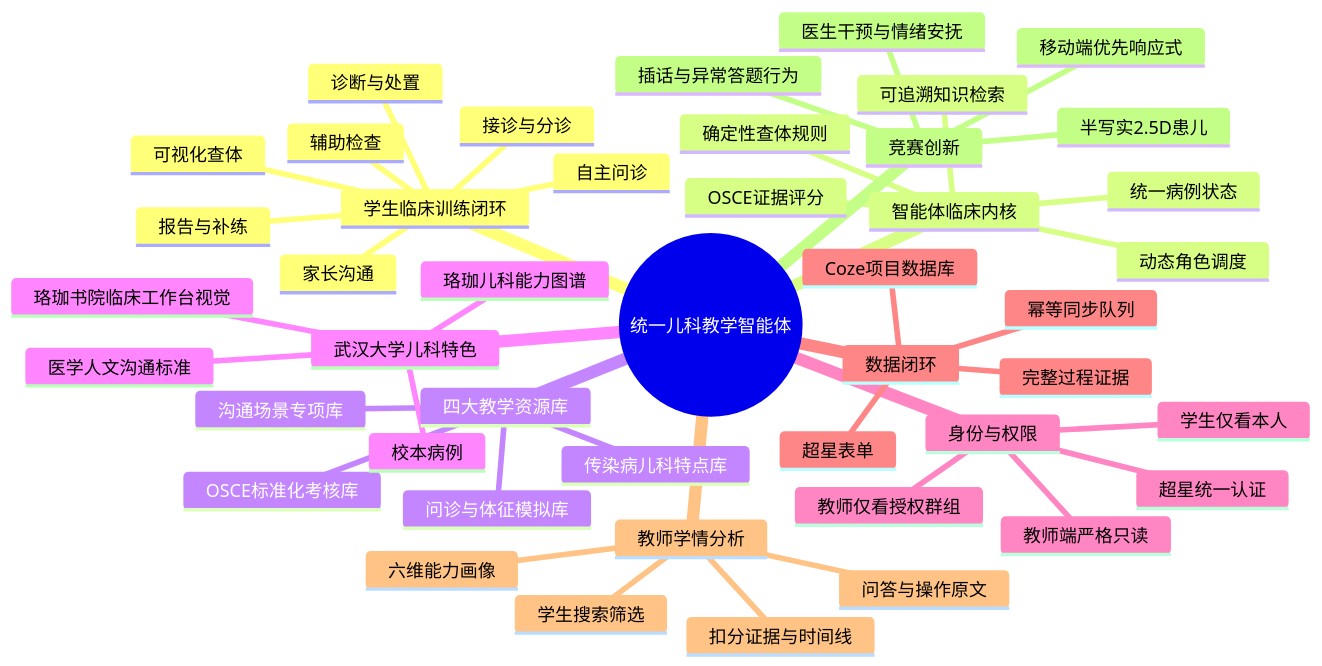
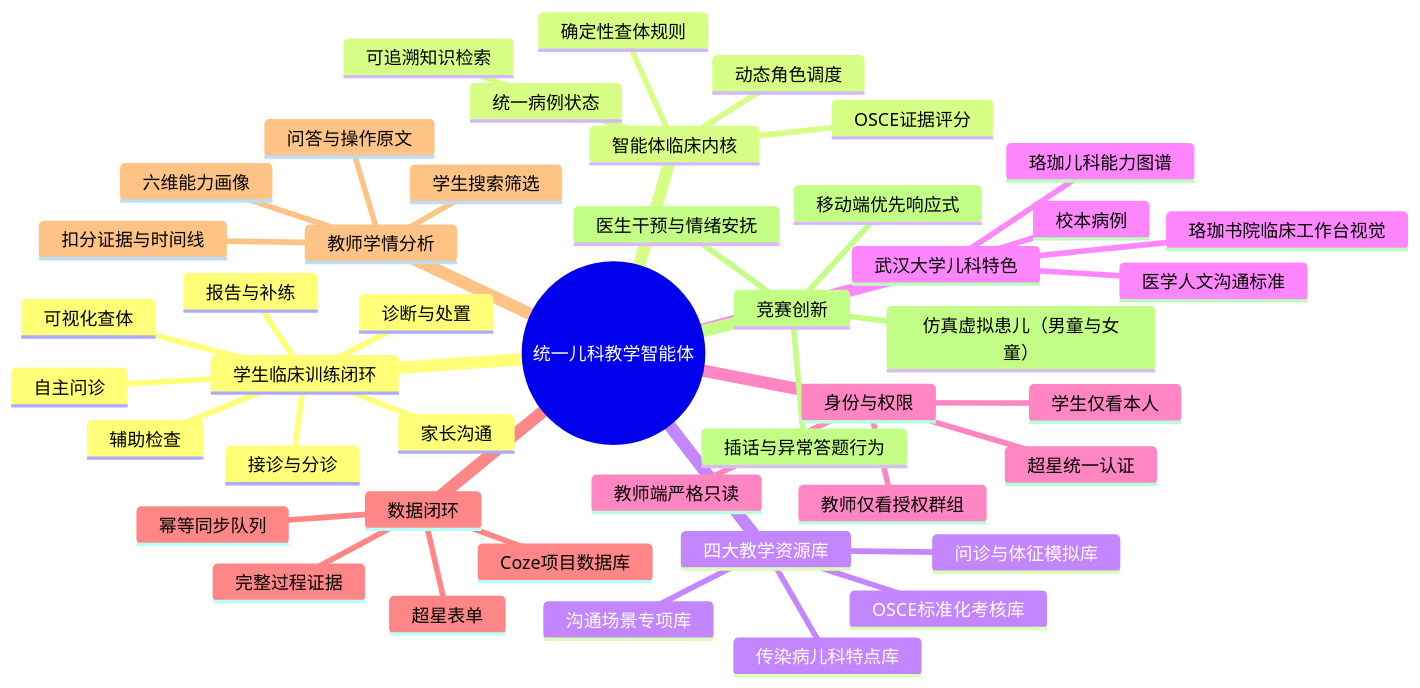
The diagram in docs/实施方案/老师汇报_整体智能体思维导图.md (15377038161/whu-pediatrics123), drawn with Mermaid before and after one commit. The commit also changed 33 other files, not shown here.

````diff
--- a/docs/实施方案/老师汇报_整体智能体思维导图.md
+++ b/docs/实施方案/老师汇报_整体智能体思维导图.md
@@ -11,48 +11,48 @@
 ```mermaid
 mindmap
   root((统一儿科教学智能体))
     学生临床训练闭环
       接诊与分诊
       自主问诊
       可视化查体
       辅助检查
       诊断与处置
       家长沟通
       报告与补练
     智能体临床内核
       动态角色调度
       统一病例状态
       确定性查体规则
       可追溯知识检索
       OSCE证据评分
     四大教学资源库
       问诊与体征模拟库
       传染病儿科特点库
       沟通场景专项库
       OSCE标准化考核库
     武汉大学儿科特色
       珞珈儿科能力图谱
       校本病例
       医学人文沟通标准
       珞珈书院临床工作台视觉
     身份与权限
       超星统一认证
       学生仅看本人
       教师仅看授权群组
       教师端严格只读
     数据闭环
       Coze项目数据库
       完整过程证据
       幂等同步队列
       超星表单
     教师学情分析
       学生搜索筛选
       六维能力画像
       问答与操作原文
       扣分证据与时间线
     竞赛创新
-      半写实2.5D患儿
+      仿真虚拟患儿（男童与女童）
       插话与异常答题行为
       医生干预与情绪安抚
       移动端优先响应式
 ```
````
